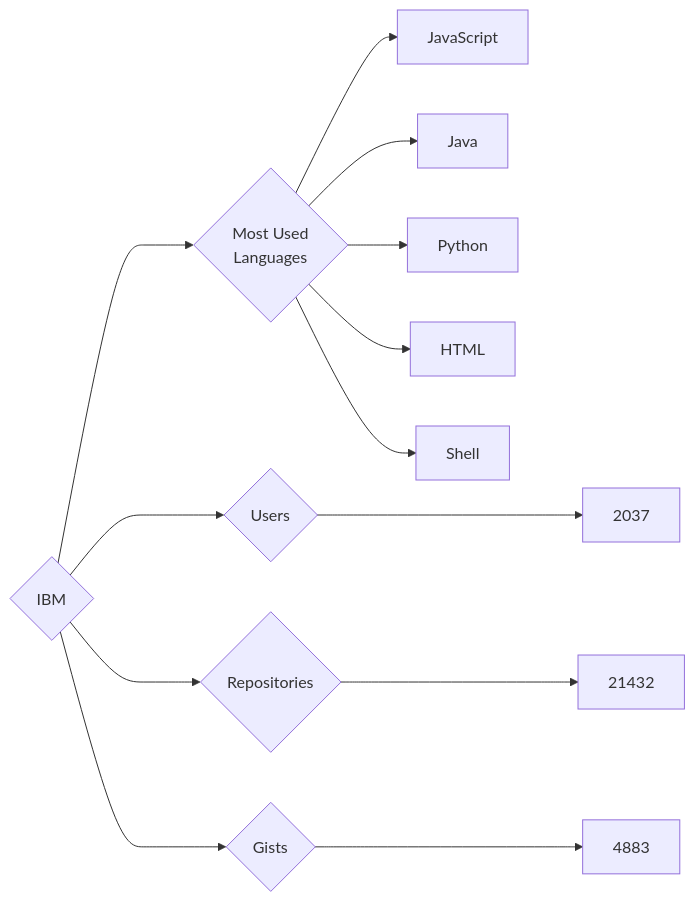
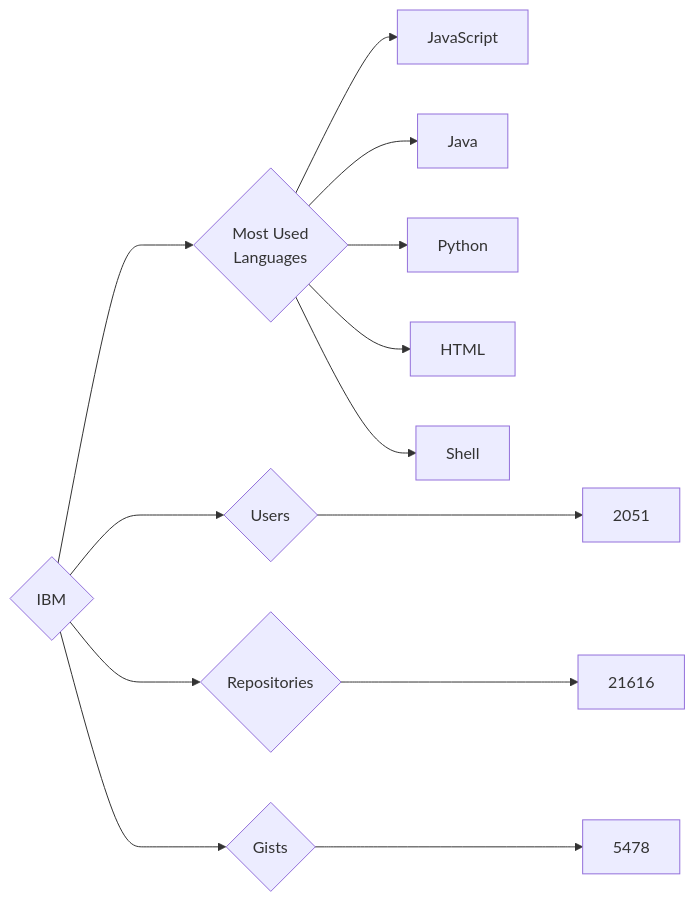
The diagram in targets/IBM/README.md (trickest/insiders), drawn with Mermaid before and after one commit. The commit also changed 611 other files, not shown here.

````diff
--- a/targets/IBM/README.md
+++ b/targets/IBM/README.md
@@ -3,13 +3,13 @@
 ```mermaid
 graph LR
 COMPANY_NAME{IBM}
-COMPANY_NAME ---> U{Users} ---> UN[2037]
-COMPANY_NAME ---> R{Repositories} ---> RN[21432]
-COMPANY_NAME ---> G{Gists} ---> GN[4883]
+COMPANY_NAME ---> U{Users} ---> UN[2051]
+COMPANY_NAME ---> R{Repositories} ---> RN[21616]
+COMPANY_NAME ---> G{Gists} ---> GN[5478]
 COMPANY_NAME ---> ML{Most Used<br>Languages}
 ML --> JavaScript[JavaScript]
 ML --> Java[Java]
 ML --> Python[Python]
 ML --> HTML[HTML]
 ML --> Shell[Shell]
 ```
````
